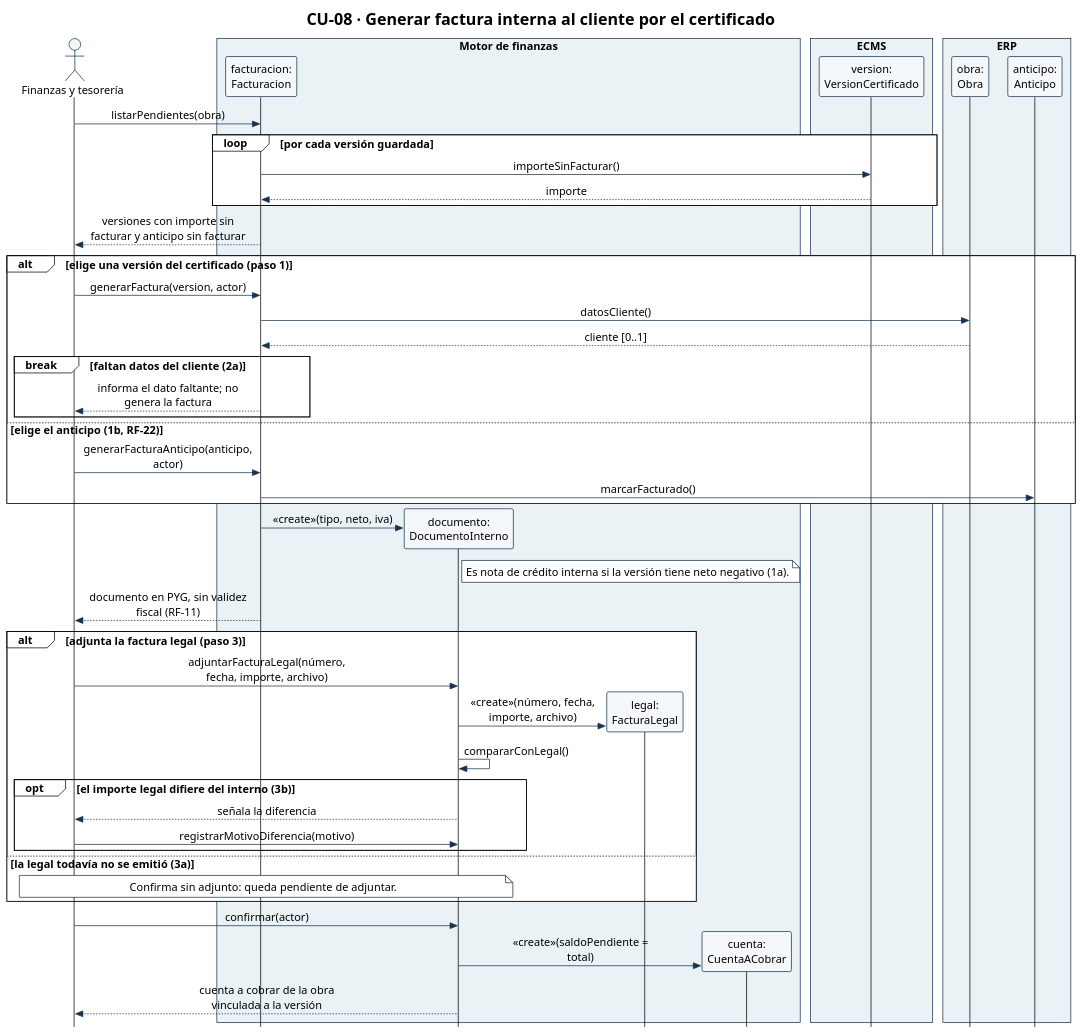
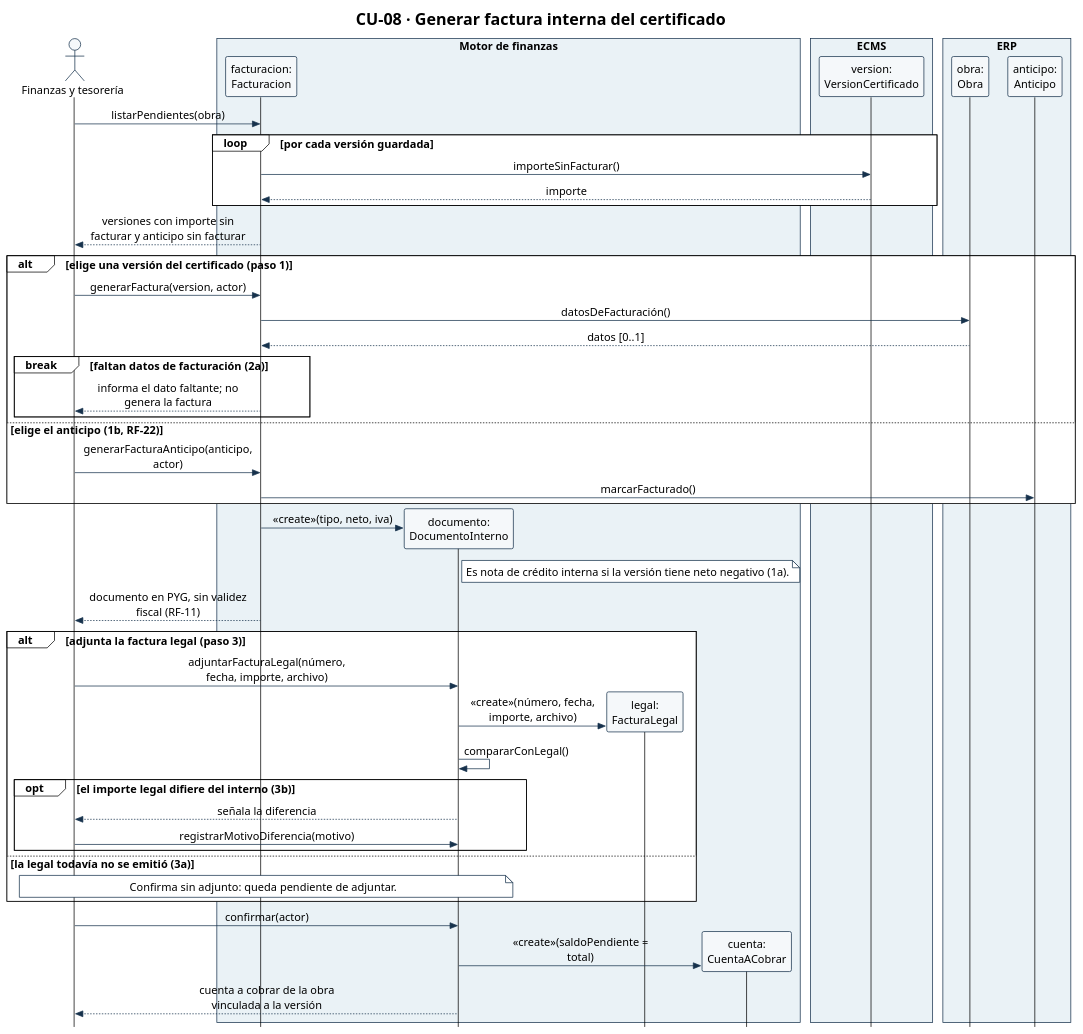
The diagram in diagramas/CU-08-secuencia.puml (Ssrrb/tpf-uca), drawn with PlantUML before and after one commit. The commit also changed 5 other files, not shown here.

```diff
--- a/diagramas/CU-08-secuencia.puml
+++ b/diagramas/CU-08-secuencia.puml
@@ -1,81 +1,81 @@
 @startuml
 !theme plain
 skinparam style strictuml
 skinparam shadowing false
 skinparam defaultFontName Arial
 skinparam defaultFontSize 15
 skinparam sequenceMessageAlign center
 skinparam maxMessageSize 220
 skinparam ParticipantPadding 8
 skinparam BoxPadding 6
 skinparam ParticipantBackgroundColor #F5F8FA
 skinparam ParticipantBorderColor #17324D
 skinparam ActorBorderColor #17324D
 skinparam ActorBackgroundColor #F5F8FA
 skinparam ArrowColor #17324D
 skinparam SequenceBoxBorderColor #17324D
 skinparam note {
   BackgroundColor #FFFFFF
   BorderColor #17324D
 }
 hide footbox
-title CU-08 · Generar factura interna al cliente por el certificado
+title CU-08 · Generar factura interna del certificado
 actor "Finanzas y tesorería" as Fin
 box "Motor de finanzas" #EAF2F6
 participant "facturacion:\nFacturacion" as Fac
 participant "documento:\nDocumentoInterno" as Doc
 participant "legal:\nFacturaLegal" as Leg
 participant "cuenta:\nCuentaACobrar" as CxC
 end box
 box "ECMS" #EAF2F6
 participant "version:\nVersionCertificado" as V
 end box
 box "ERP" #EAF2F6
 participant "obra:\nObra" as Obra
 participant "anticipo:\nAnticipo" as Ant
 end box
 
 Fin -> Fac: listarPendientes(obra)
 loop por cada versión guardada
   Fac -> V: importeSinFacturar()
   V --> Fac: importe
 end
 Fac --> Fin: versiones con importe sin facturar y anticipo sin facturar
 
 alt elige una versión del certificado (paso 1)
   Fin -> Fac: generarFactura(version, actor)
-  Fac -> Obra: datosCliente()
-  Obra --> Fac: cliente [0..1]
-  break faltan datos del cliente (2a)
+  Fac -> Obra: datosDeFacturación()
+  Obra --> Fac: datos [0..1]
+  break faltan datos de facturación (2a)
     Fac --> Fin: informa el dato faltante; no genera la factura
   end
 else elige el anticipo (1b, RF-22)
   Fin -> Fac: generarFacturaAnticipo(anticipo, actor)
   Fac -> Ant: marcarFacturado()
 end
 create Doc
 Fac -> Doc: «create»(tipo, neto, iva)
 note right of Doc
   Es nota de crédito interna si la versión tiene neto negativo (1a).
 end note
 Fac --> Fin: documento en PYG, sin validez fiscal (RF-11)
 
 alt adjunta la factura legal (paso 3)
   Fin -> Doc: adjuntarFacturaLegal(número, fecha, importe, archivo)
   create Leg
   Doc -> Leg: «create»(número, fecha, importe, archivo)
   Doc -> Doc: compararConLegal()
   opt el importe legal difiere del interno (3b)
     Doc --> Fin: señala la diferencia
     Fin -> Doc: registrarMotivoDiferencia(motivo)
   end
 else la legal todavía no se emitió (3a)
   note over Fin, Doc
     Confirma sin adjunto: queda pendiente de adjuntar.
   end note
 end
 Fin -> Doc: confirmar(actor)
 create CxC
 Doc -> CxC: «create»(saldoPendiente = total)
 Doc --> Fin: cuenta a cobrar de la obra vinculada a la versión
 @enduml
```
